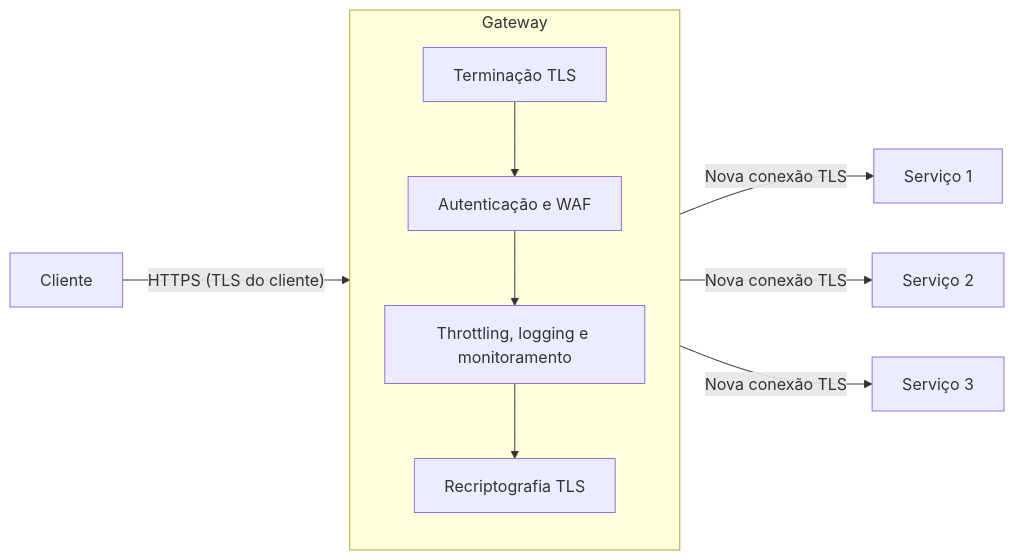
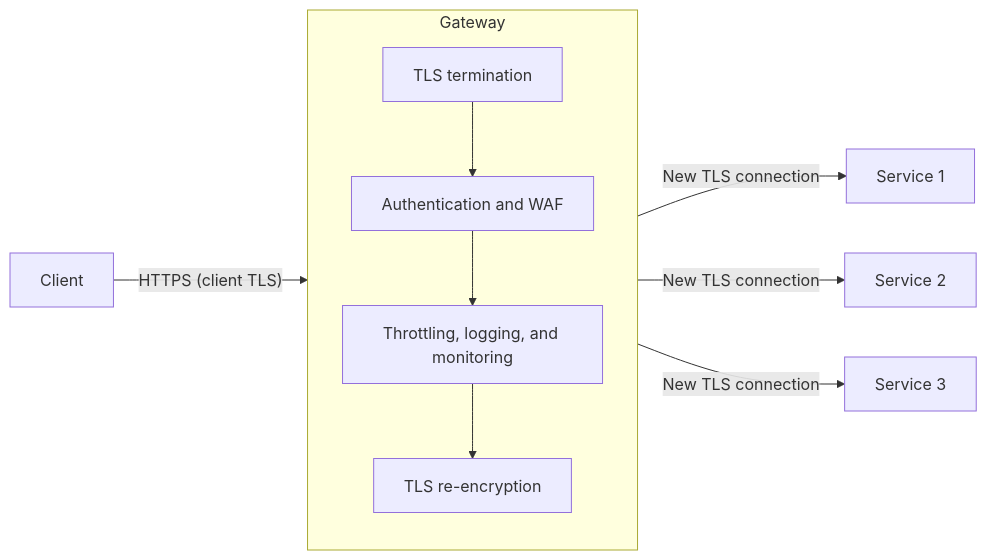
The diagram in docs/cloud/cloud-design-patterns/gateways-and-edge/gateway-offloading.md (alancesar/design-patterns), drawn with Mermaid before and after one commit. The commit also changed 258 other files, not shown here.

First line of the commit message:
Translate Mermaid diagrams to English

````diff
--- a/docs/cloud/cloud-design-patterns/gateways-and-edge/gateway-offloading.md
+++ b/docs/cloud/cloud-design-patterns/gateways-and-edge/gateway-offloading.md
@@ -70,13 +70,13 @@
 ```mermaid
 flowchart LR
-    C[Cliente] -- "HTTPS (TLS do cliente)" --> G
+    C[Client] -- "HTTPS (client TLS)" --> G
     subgraph G["Gateway"]
         direction TB
-        T["Terminação TLS"] --> A["Autenticação e WAF"]
-        A --> R["Throttling, logging e monitoramento"]
-        R --> E["Recriptografia TLS"]
+        T["TLS termination"] --> A["Authentication and WAF"]
+        A --> R["Throttling, logging, and monitoring"]
+        R --> E["TLS re-encryption"]
     end
-    G -- "Nova conexão TLS" --> S1["Serviço 1"]
-    G -- "Nova conexão TLS" --> S2["Serviço 2"]
-    G -- "Nova conexão TLS" --> S3["Serviço 3"]
+    G -- "New TLS connection" --> S1["Service 1"]
+    G -- "New TLS connection" --> S2["Service 2"]
+    G -- "New TLS connection" --> S3["Service 3"]
 ```
````
